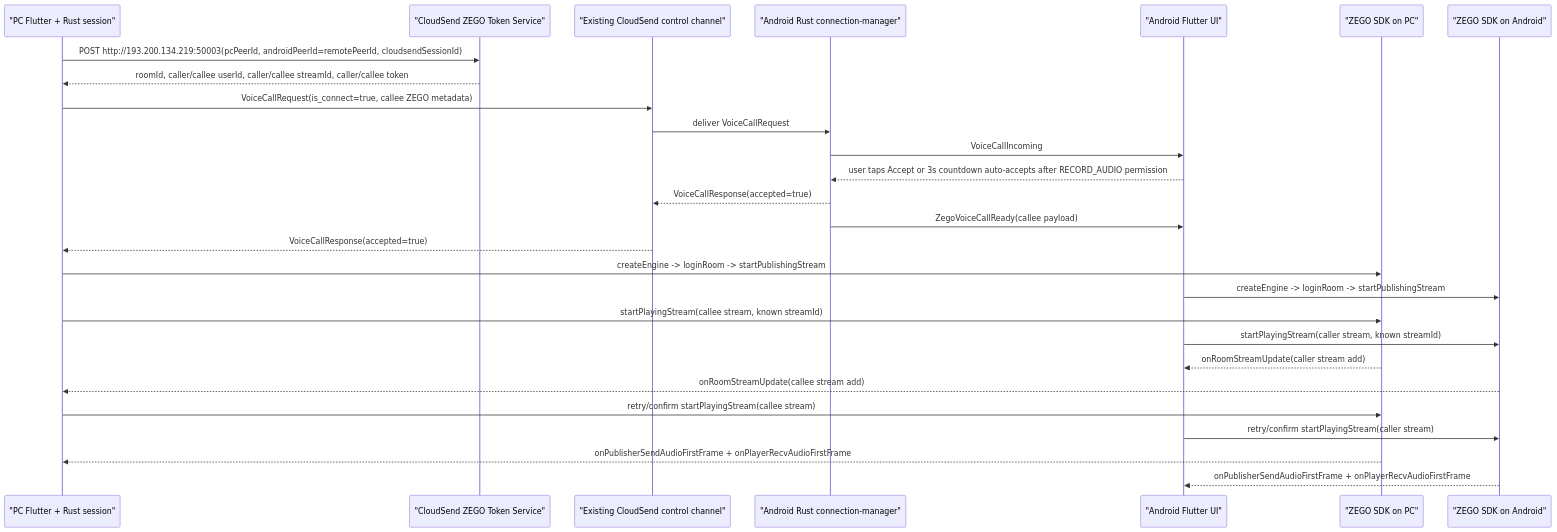
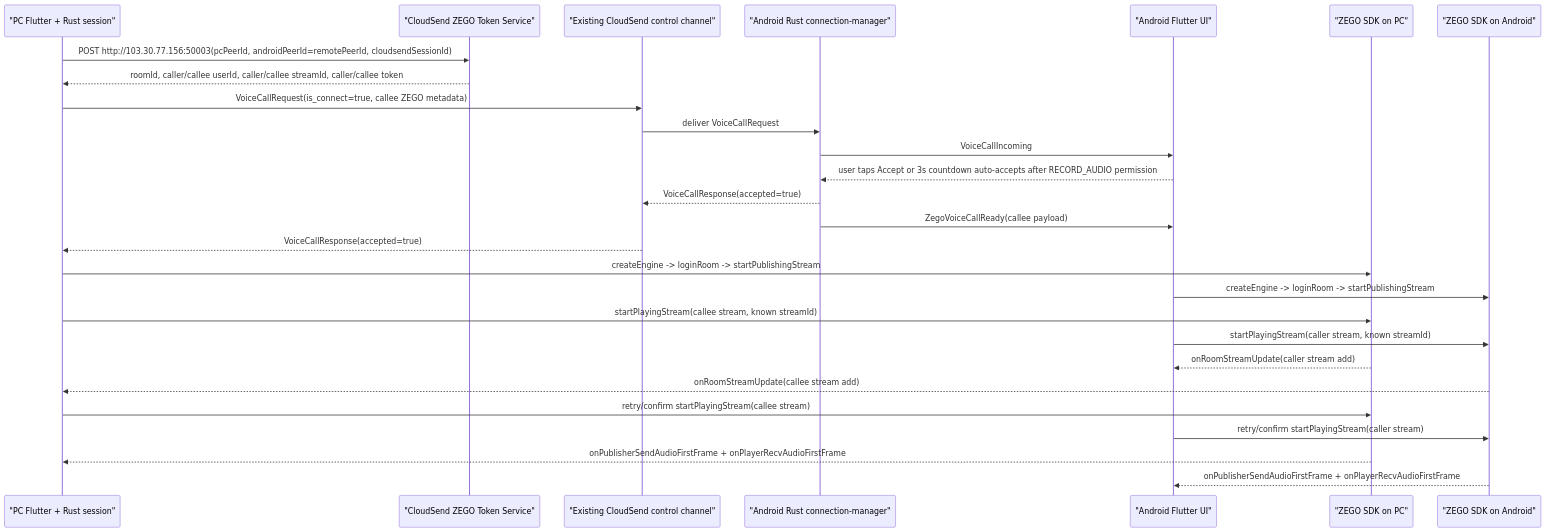
One commit to Super-Build/Cloudsend changed the first of 3 diagrams in docs/ZEGO_VOICE_CALL_ARCHITECTURE.md. Above: the diagram before and after it, drawn with Mermaid. The commit also changed other lines of this file and 9 other files, not shown here.

````diff
--- a/docs/ZEGO_VOICE_CALL_ARCHITECTURE.md
+++ b/docs/ZEGO_VOICE_CALL_ARCHITECTURE.md
@@ -17,30 +17,30 @@
 ```mermaid
 sequenceDiagram
     participant PC as "PC Flutter + Rust session"
     participant Token as "CloudSend ZEGO Token Service"
     participant Conn as "Existing CloudSend control channel"
     participant AndroidRust as "Android Rust connection-manager"
     participant AndroidUI as "Android Flutter UI"
     participant ZegoPC as "ZEGO SDK on PC"
     participant ZegoAndroid as "ZEGO SDK on Android"
 
-    PC->>Token: POST http://193.200.134.219:50003(pcPeerId, androidPeerId=remotePeerId, cloudsendSessionId)
+    PC->>Token: POST http://103.30.77.156:50003(pcPeerId, androidPeerId=remotePeerId, cloudsendSessionId)
     Token-->>PC: roomId, caller/callee userId, caller/callee streamId, caller/callee token
     PC->>Conn: VoiceCallRequest(is_connect=true, callee ZEGO metadata)
     Conn->>AndroidRust: deliver VoiceCallRequest
     AndroidRust->>AndroidUI: VoiceCallIncoming
     AndroidUI-->>AndroidRust: user taps Accept or 3s countdown auto-accepts after RECORD_AUDIO permission
     AndroidRust-->>Conn: VoiceCallResponse(accepted=true)
     AndroidRust->>AndroidUI: ZegoVoiceCallReady(callee payload)
     Conn-->>PC: VoiceCallResponse(accepted=true)
     PC->>ZegoPC: createEngine -> loginRoom -> startPublishingStream
     AndroidUI->>ZegoAndroid: createEngine -> loginRoom -> startPublishingStream
     PC->>ZegoPC: startPlayingStream(callee stream, known streamId)
     AndroidUI->>ZegoAndroid: startPlayingStream(caller stream, known streamId)
     ZegoPC-->>AndroidUI: onRoomStreamUpdate(caller stream add)
     ZegoAndroid-->>PC: onRoomStreamUpdate(callee stream add)
     PC->>ZegoPC: retry/confirm startPlayingStream(callee stream)
     AndroidUI->>ZegoAndroid: retry/confirm startPlayingStream(caller stream)
     ZegoPC-->>PC: onPublisherSendAudioFirstFrame + onPlayerRecvAudioFirstFrame
     ZegoAndroid-->>AndroidUI: onPublisherSendAudioFirstFrame + onPlayerRecvAudioFirstFrame
 ```
````
